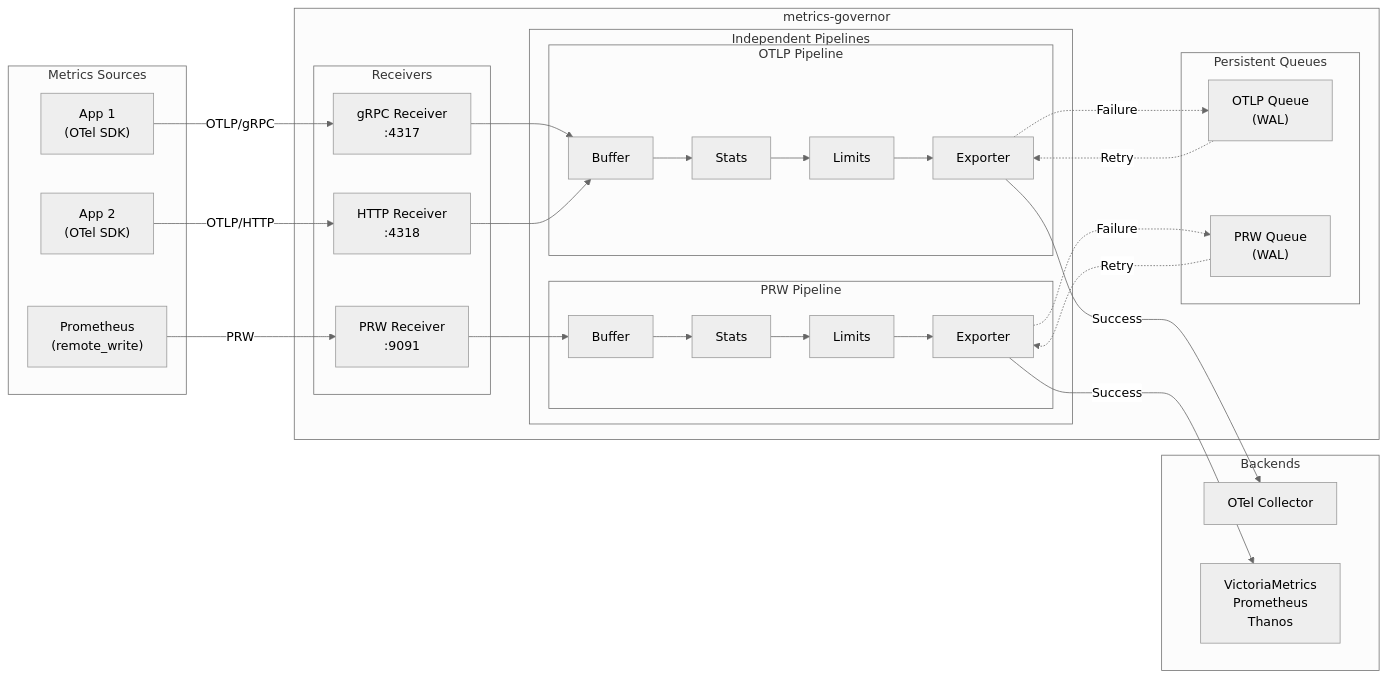
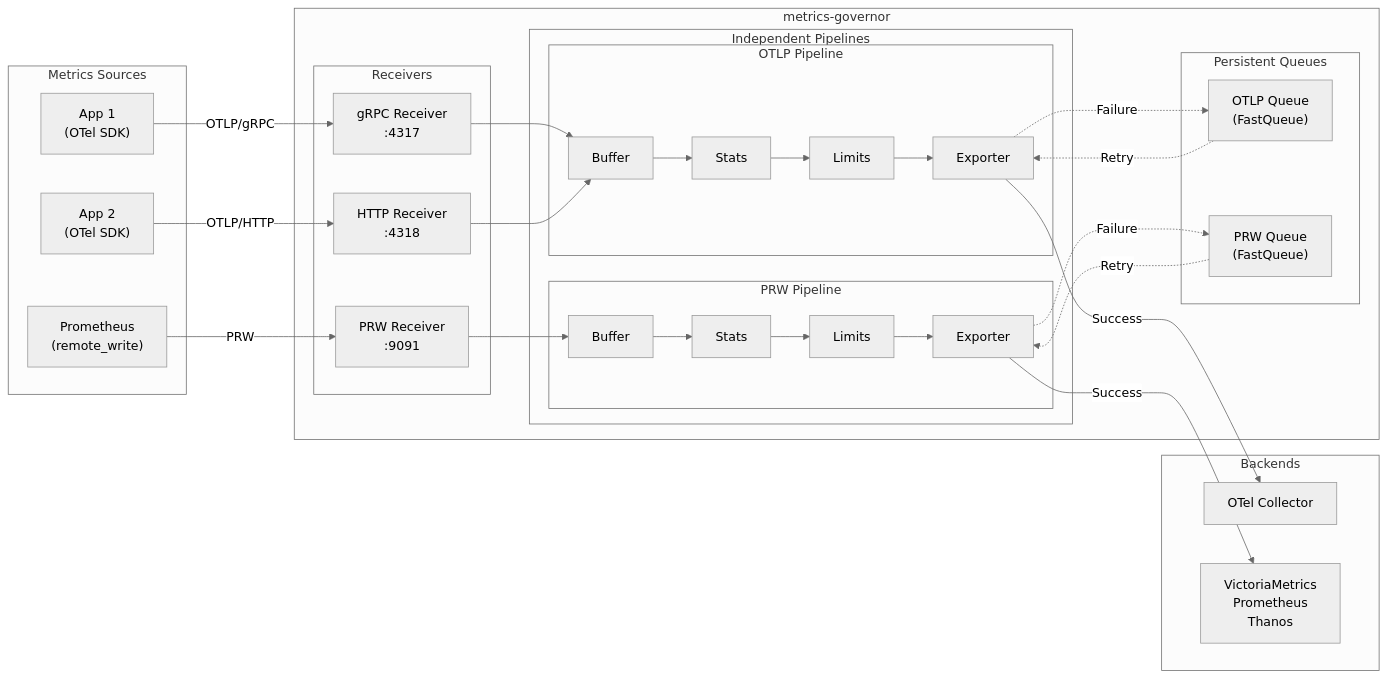
Before and after one commit to szibis/metrics-governor: the diagram in README.md, drawn with Mermaid (neutral theme). The commit also changed other lines of this file and 32 other files, not shown here.

First line of the commit message:
feat(queue): replace WAL with VictoriaMetrics-style FastQueue

````diff
--- a/README.md
+++ b/README.md
@@ -36,54 +36,54 @@
 ```mermaid
 flowchart LR
     subgraph Clients["Metrics Sources"]
         App1["App 1<br/>(OTel SDK)"]
         App2["App 2<br/>(OTel SDK)"]
         Prom["Prometheus<br/>(remote_write)"]
     end
 
     subgraph MG["metrics-governor"]
         subgraph Receivers["Receivers"]
             GRPC["gRPC Receiver<br/>:4317"]
             HTTP["HTTP Receiver<br/>:4318"]
             PRW["PRW Receiver<br/>:9091"]
         end
 
         subgraph Pipelines["Independent Pipelines"]
             subgraph OTLP_Pipeline["OTLP Pipeline"]
                 OBuf["Buffer"]
                 OStats["Stats"]
                 OLimits["Limits"]
                 OExp["Exporter"]
             end
             subgraph PRW_Pipeline["PRW Pipeline"]
                 PBuf["Buffer"]
                 PStats["Stats"]
                 PLimits["Limits"]
                 PExp["Exporter"]
             end
         end
 
         subgraph Queue["Persistent Queues"]
-            OQueue["OTLP Queue<br/>(WAL)"]
-            PQueue["PRW Queue<br/>(WAL)"]
+            OQueue["OTLP Queue<br/>(FastQueue)"]
+            PQueue["PRW Queue<br/>(FastQueue)"]
         end
     end
 
     subgraph Backends["Backends"]
         OTel["OTel Collector"]
         VM["VictoriaMetrics<br/>Prometheus<br/>Thanos"]
     end
 
     App1 -->|"OTLP/gRPC"| GRPC
     App2 -->|"OTLP/HTTP"| HTTP
     Prom -->|"PRW"| PRW
 
     GRPC --> OBuf --> OStats --> OLimits --> OExp
     HTTP --> OBuf
     PRW --> PBuf --> PStats --> PLimits --> PExp
 
     OExp -->|"Success"| OTel
     OExp -.->|"Failure"| OQueue -.->|"Retry"| OExp
     PExp -->|"Success"| VM
     PExp -.->|"Failure"| PQueue -.->|"Retry"| PExp
 ```
````
